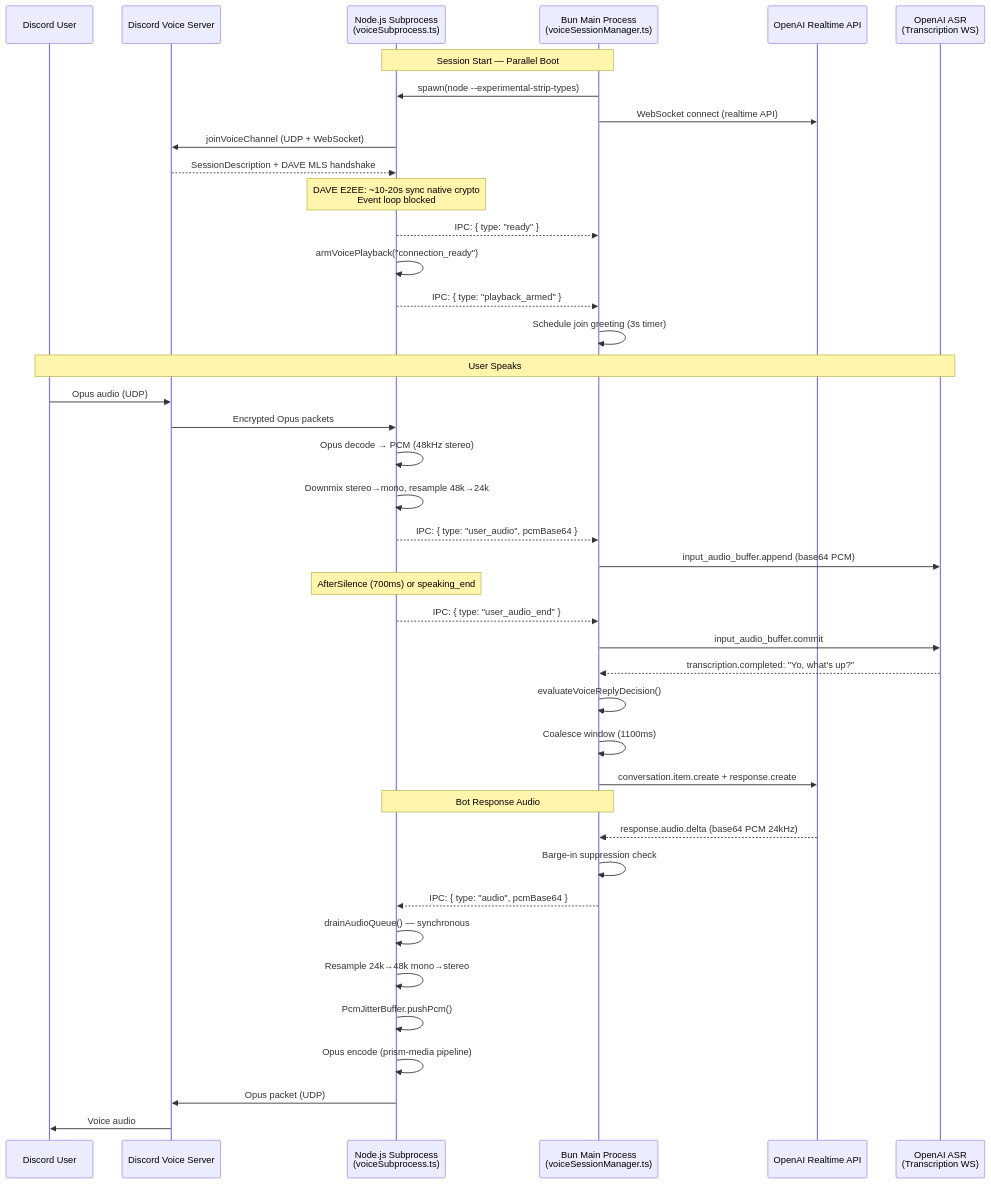
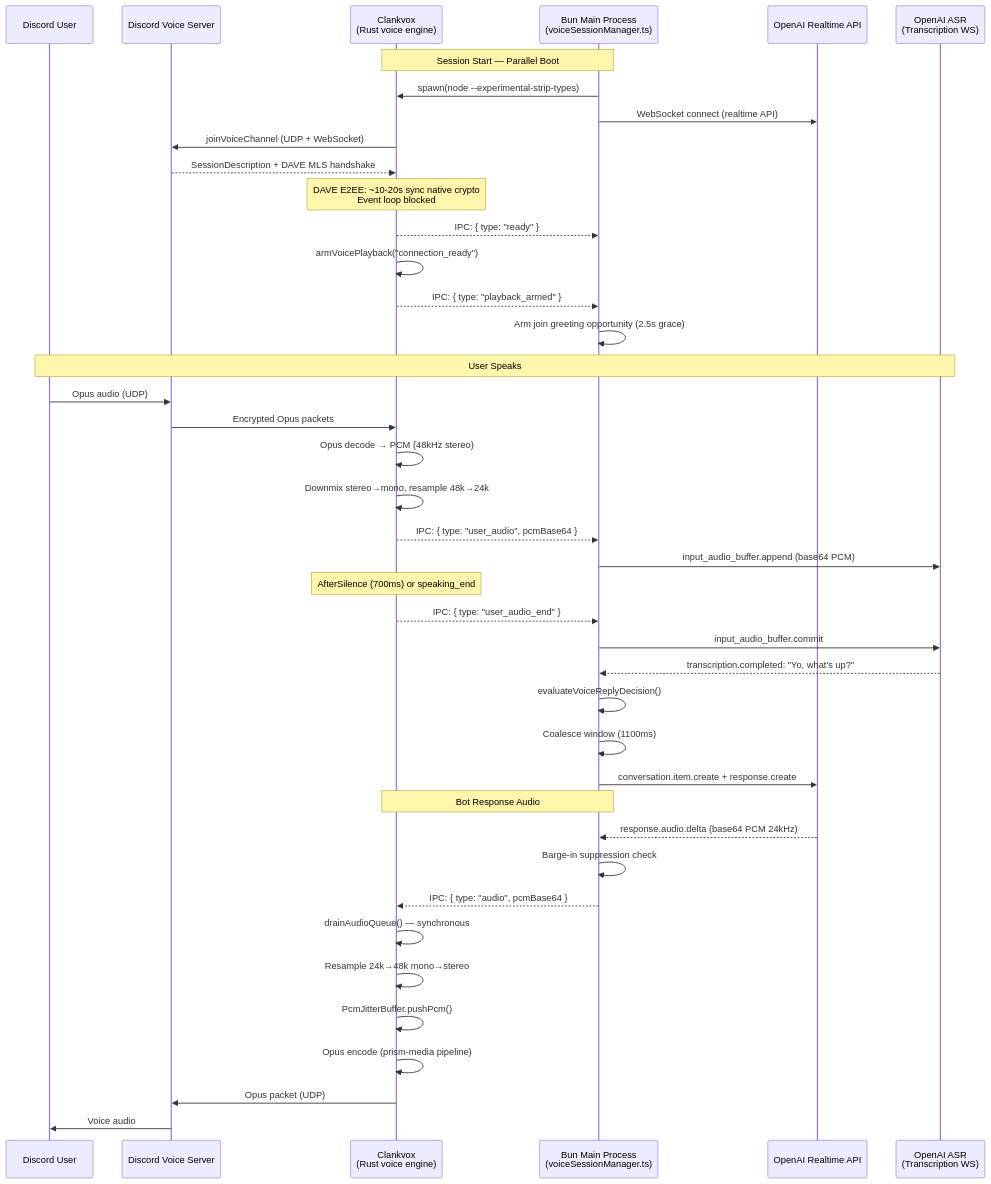
Before and after one commit to Volpestyle/clanker_conk: the diagram in docs/diagrams/voice-subprocess-architecture.mmd, drawn with Mermaid. The commit also changed 14 other files, not shown here.

```diff
--- a/docs/diagrams/voice-subprocess-architecture.mmd
+++ b/docs/diagrams/voice-subprocess-architecture.mmd
@@ -1,45 +1,45 @@
 sequenceDiagram
     participant User as Discord User
     participant DV as Discord Voice Server
-    participant Sub as Node.js Subprocess<br/>(voiceSubprocess.ts)
+    participant Sub as Clankvox<br/>(Rust voice engine)
     participant Main as Bun Main Process<br/>(voiceSessionManager.ts)
     participant LLM as OpenAI Realtime API
     participant ASR as OpenAI ASR<br/>(Transcription WS)
 
     Note over Main,Sub: Session Start — Parallel Boot
     Main->>Sub: spawn(node --experimental-strip-types)
     Main->>LLM: WebSocket connect (realtime API)
     Sub->>DV: joinVoiceChannel (UDP + WebSocket)
     DV-->>Sub: SessionDescription + DAVE MLS handshake
     Note over Sub: DAVE E2EE: ~10-20s sync native crypto<br/>Event loop blocked
     Sub-->>Main: IPC: { type: "ready" }
     Sub->>Sub: armVoicePlayback("connection_ready")
     Sub-->>Main: IPC: { type: "playback_armed" }
-    Main->>Main: Schedule join greeting (3s timer)
+    Main->>Main: Arm join greeting opportunity (2.5s grace)
 
     Note over User,ASR: User Speaks
     User->>DV: Opus audio (UDP)
     DV->>Sub: Encrypted Opus packets
     Sub->>Sub: Opus decode → PCM (48kHz stereo)
     Sub->>Sub: Downmix stereo→mono, resample 48k→24k
     Sub-->>Main: IPC: { type: "user_audio", pcmBase64 }
     Main->>ASR: input_audio_buffer.append (base64 PCM)
 
     Note over Sub: AfterSilence (700ms) or speaking_end
     Sub-->>Main: IPC: { type: "user_audio_end" }
     Main->>ASR: input_audio_buffer.commit
     ASR-->>Main: transcription.completed: "Yo, what's up?"
     Main->>Main: evaluateVoiceReplyDecision()
     Main->>Main: Coalesce window (1100ms)
     Main->>LLM: conversation.item.create + response.create
 
     Note over Main,Sub: Bot Response Audio
     LLM-->>Main: response.audio.delta (base64 PCM 24kHz)
     Main->>Main: Barge-in suppression check
     Main-->>Sub: IPC: { type: "audio", pcmBase64 }
     Sub->>Sub: drainAudioQueue() — synchronous
     Sub->>Sub: Resample 24k→48k mono→stereo
     Sub->>Sub: PcmJitterBuffer.pushPcm()
     Sub->>Sub: Opus encode (prism-media pipeline)
     Sub->>DV: Opus packet (UDP)
     DV->>User: Voice audio
```
